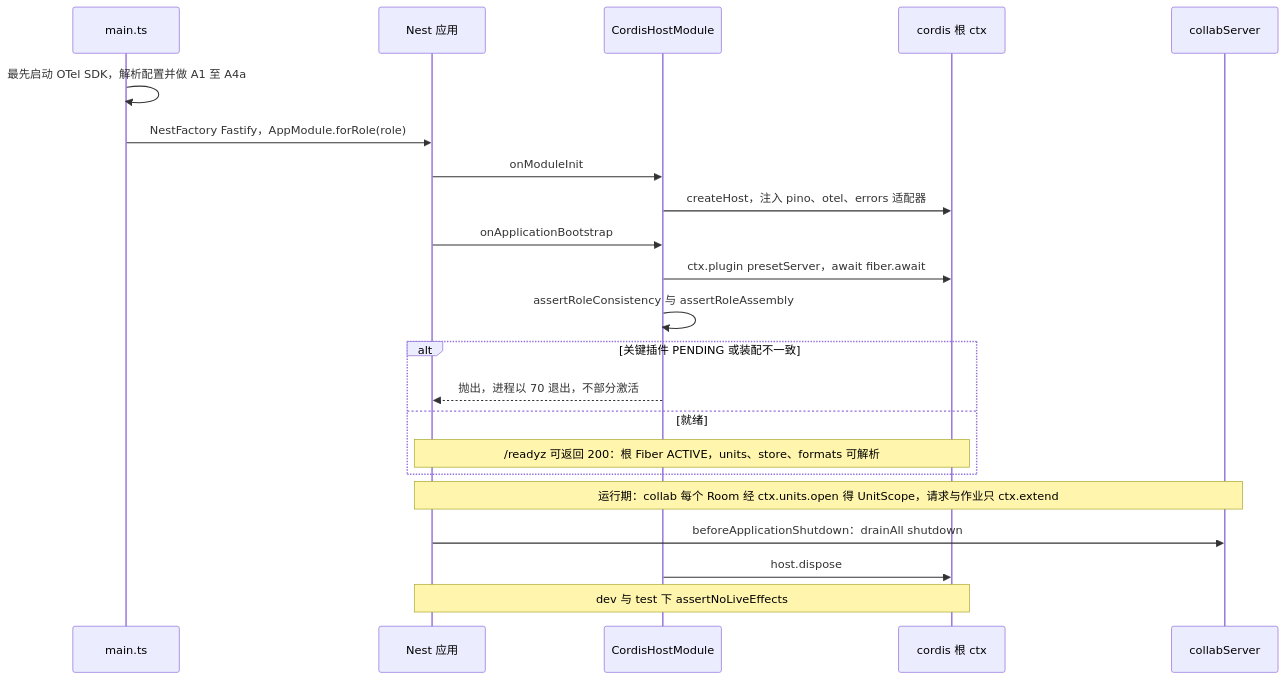
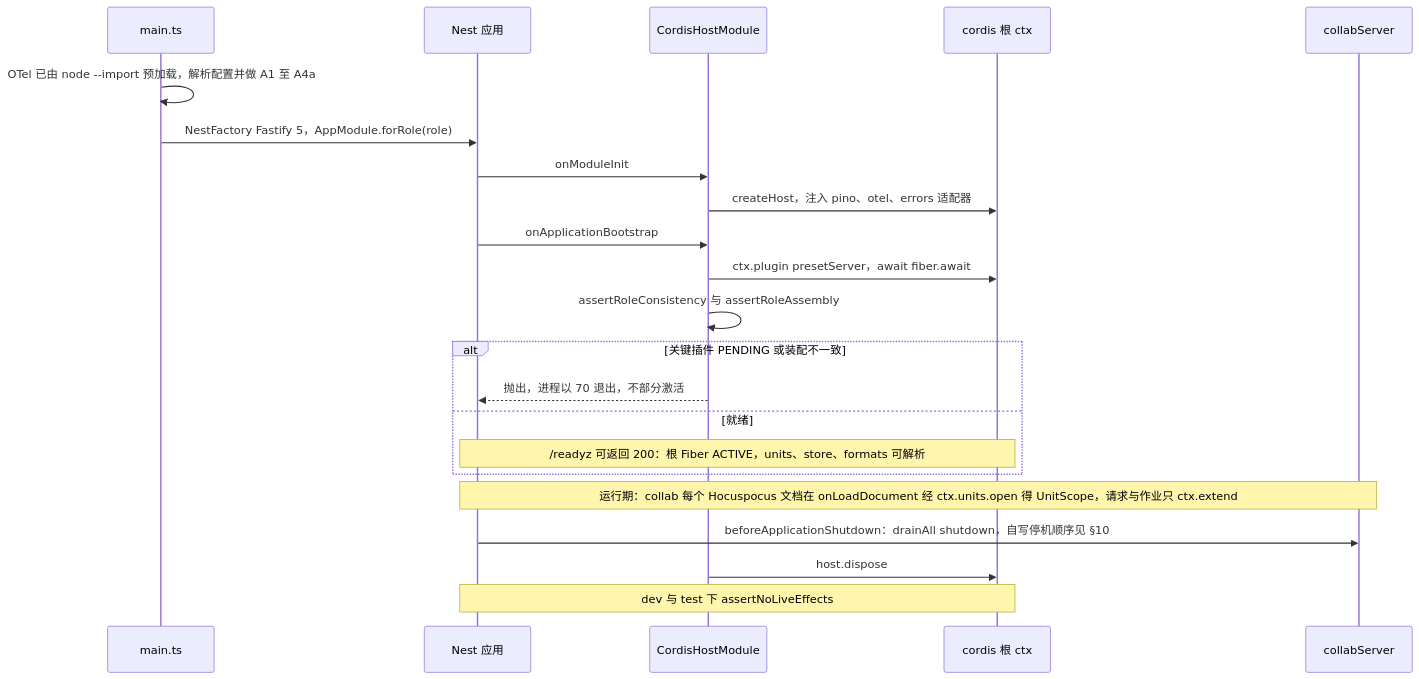
Before and after one commit to Xeonice/cordis-ppt-editor: diagram 14 of 15 in docs/60-backend/01-service-overview-and-roles.md, drawn with Mermaid. The commit also changed other lines of this file and 19 other files, not shown here.

````diff
--- a/docs/60-backend/01-service-overview-and-roles.md
+++ b/docs/60-backend/01-service-overview-and-roles.md
@@ -465,24 +800,24 @@
 ```mermaid
 sequenceDiagram
   participant Main as main.ts
   participant Nest as Nest 应用
   participant CHM as CordisHostModule
   participant Host as cordis 根 ctx
   participant CS as collabServer
-  Main->>Main: 最先启动 OTel SDK，解析配置并做 A1 至 A4a
-  Main->>Nest: NestFactory Fastify，AppModule.forRole(role)
+  Main->>Main: OTel 已由 node --import 预加载，解析配置并做 A1 至 A4a
+  Main->>Nest: NestFactory Fastify 5，AppModule.forRole(role)
   Nest->>CHM: onModuleInit
   CHM->>Host: createHost，注入 pino、otel、errors 适配器
   Nest->>CHM: onApplicationBootstrap
   CHM->>Host: ctx.plugin presetServer，await fiber.await
   CHM->>CHM: assertRoleConsistency 与 assertRoleAssembly
   alt 关键插件 PENDING 或装配不一致
     CHM-->>Nest: 抛出，进程以 70 退出，不部分激活
   else 就绪
     Note over Nest,Host: /readyz 可返回 200：根 Fiber ACTIVE，units、store、formats 可解析
   end
-  Note over Nest,CS: 运行期：collab 每个 Room 经 ctx.units.open 得 UnitScope，请求与作业只 ctx.extend
-  Nest->>CS: beforeApplicationShutdown：drainAll shutdown
+  Note over Nest,CS: 运行期：collab 每个 Hocuspocus 文档在 onLoadDocument 经 ctx.units.open 得 UnitScope，请求与作业只 ctx.extend
+  Nest->>CS: beforeApplicationShutdown：drainAll shutdown，自写停机顺序见 §10
   CHM->>Host: host.dispose
   Note over Nest,Host: dev 与 test 下 assertNoLiveEffects
 ```
````
